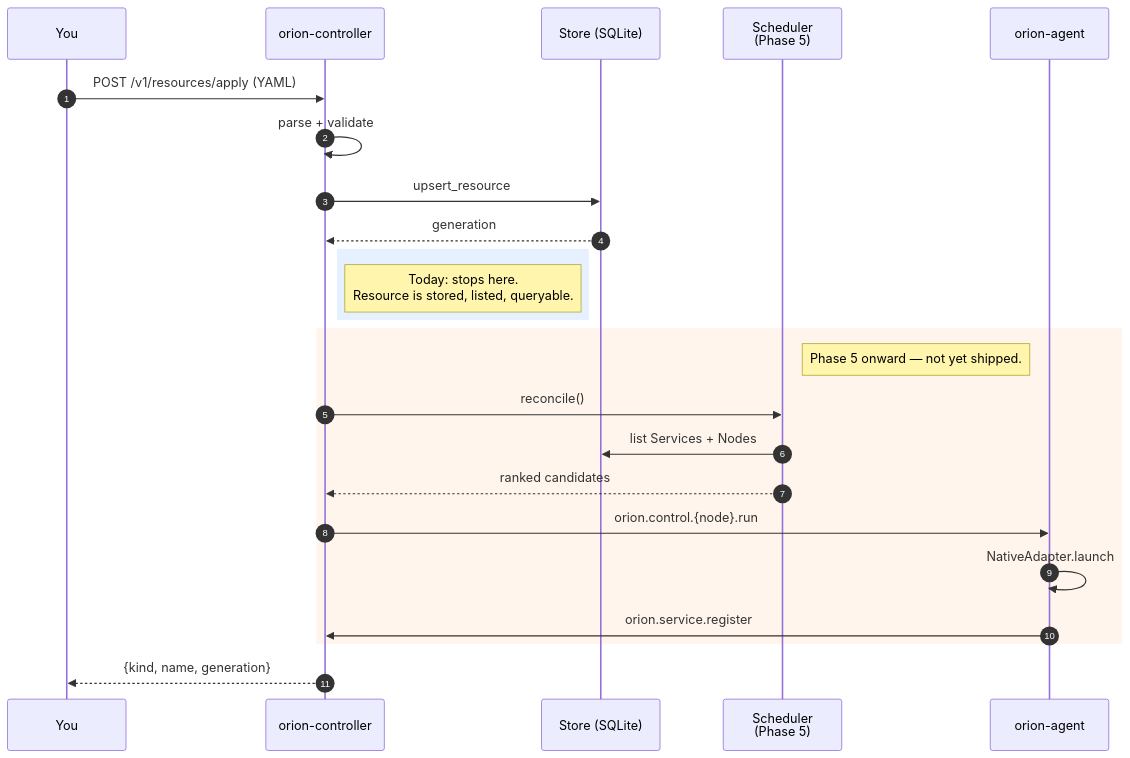
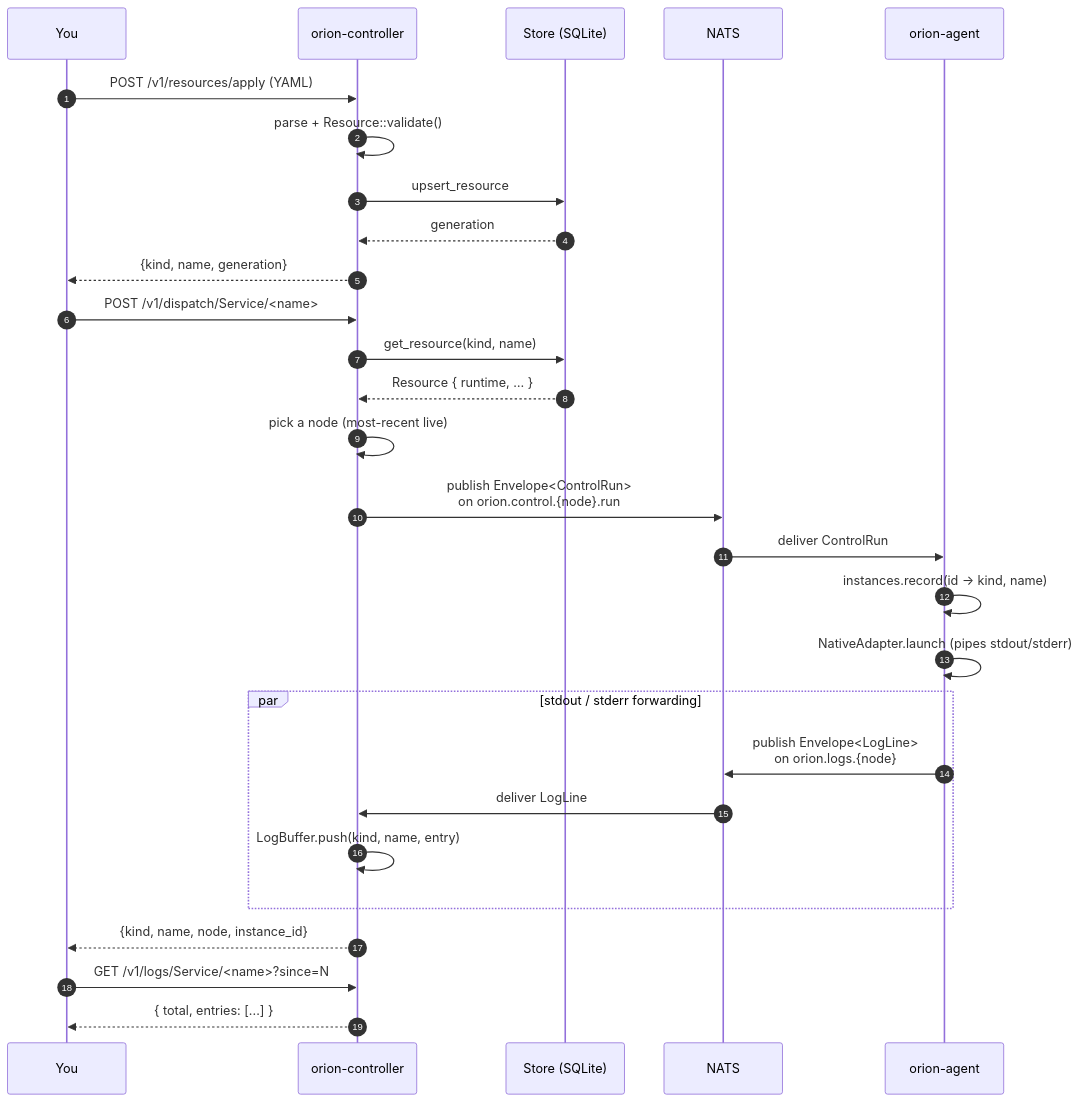
The third of 4 diagrams in docs/usage.md (geekychris/orion_mesh), drawn with Mermaid before and after one commit. The commit also changed other lines of this file and 4 other files, not shown here.

First line of the commit message:
docs: cover Phase A/B/C — dispatch, logs, schedules, IPC + an annotated examples guide

````diff
--- a/docs/usage.md
+++ b/docs/usage.md
@@ -388,30 +410,33 @@
 ```mermaid
 sequenceDiagram
     autonumber
     participant U as You
     participant C as orion-controller
     participant S as Store (SQLite)
-    participant SCH as Scheduler<br/>(Phase 5)
+    participant N as NATS
     participant A as orion-agent
 
     U->>C: POST /v1/resources/apply (YAML)
-    C->>C: parse + validate
+    C->>C: parse + Resource::validate()
     C->>S: upsert_resource
     S-->>C: generation
+    C-->>U: {kind, name, generation}
 
-    rect rgba(120,170,255,0.18)
-      note right of C: Today: stops here.<br/>Resource is stored, listed, queryable.
+    U->>C: POST /v1/dispatch/Service/<name>
+    C->>S: get_resource(kind, name)
+    S-->>C: Resource { runtime, … }
+    C->>C: pick a node (most-recent live)
+    C->>N: publish Envelope<ControlRun><br/>on orion.control.{node}.run
+    N->>A: deliver ControlRun
+    A->>A: instances.record(id → kind, name)
+    A->>A: NativeAdapter.launch (pipes stdout/stderr)
+    par stdout / stderr forwarding
+        A->>N: publish Envelope<LogLine><br/>on orion.logs.{node}
+        N->>C: deliver LogLine
+        C->>C: LogBuffer.push(kind, name, entry)
     end
+    C-->>U: {kind, name, node, instance_id}
 
-    rect rgba(255,200,150,0.18)
-      note right of SCH: Phase 5 onward — not yet shipped.
-      C->>SCH: reconcile()
-      SCH->>S: list Services + Nodes
-      SCH-->>C: ranked candidates
-      C->>A: orion.control.{node}.run
-      A->>A: NativeAdapter.launch
-      A->>C: orion.service.register
-    end
-
-    C-->>U: {kind, name, generation}
+    U->>C: GET /v1/logs/Service/<name>?since=N
+    C-->>U: { total, entries: [...] }
 ```
````
